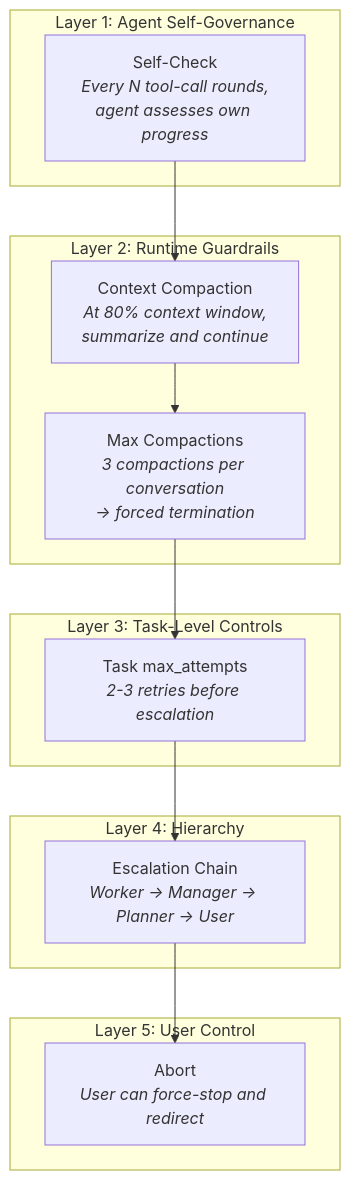
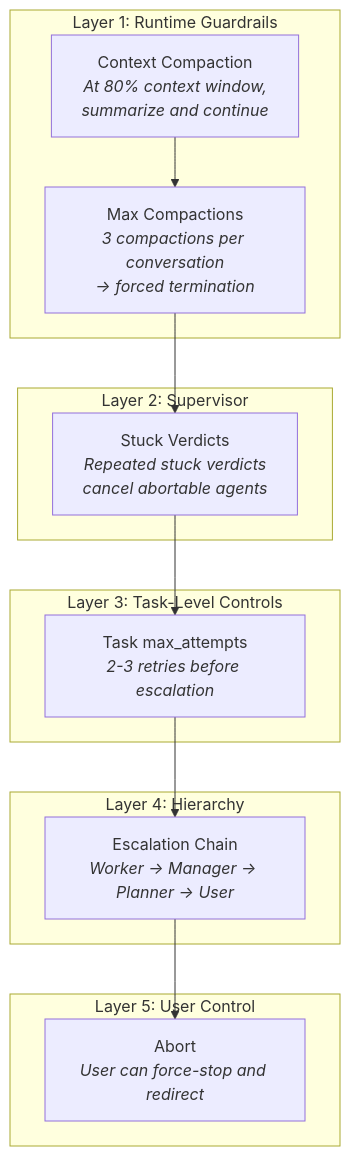
Before and after one commit to salva/saivage: the seventh of 7 diagrams in docs/internals/architecture.md, drawn with Mermaid. The commit also changed other lines of this file and 15 other files, not shown here.

````diff
--- a/docs/internals/architecture.md
+++ b/docs/internals/architecture.md
@@ -626,21 +624,21 @@
 ```mermaid
 graph TB
-    subgraph "Layer 1: Agent Self-Governance"
-        SC["Self-Check<br/><i>Every N tool-call rounds,<br/>agent assesses own progress</i>"]
-    end
-    subgraph "Layer 2: Runtime Guardrails"
+    subgraph "Layer 1: Runtime Guardrails"
         COMP["Context Compaction<br/><i>At 80% context window,<br/>summarize and continue</i>"]
         MAXC["Max Compactions<br/><i>3 compactions per conversation<br/>→ forced termination</i>"]
+    end
+    subgraph "Layer 2: Supervisor"
+        SUP["Stuck Verdicts<br/><i>Repeated stuck verdicts<br/>cancel abortable agents</i>"]
     end
     subgraph "Layer 3: Task-Level Controls"
         RETRY["Task max_attempts<br/><i>2-3 retries before escalation</i>"]
     end
     subgraph "Layer 4: Hierarchy"
         ESC["Escalation Chain<br/><i>Worker → Manager → Planner → User</i>"]
     end
     subgraph "Layer 5: User Control"
         ABORT["Abort<br/><i>User can force-stop and redirect</i>"]
     end
 
-    SC --> COMP --> MAXC --> RETRY --> ESC --> ABORT
+    COMP --> MAXC --> SUP --> RETRY --> ESC --> ABORT
 ```
````
